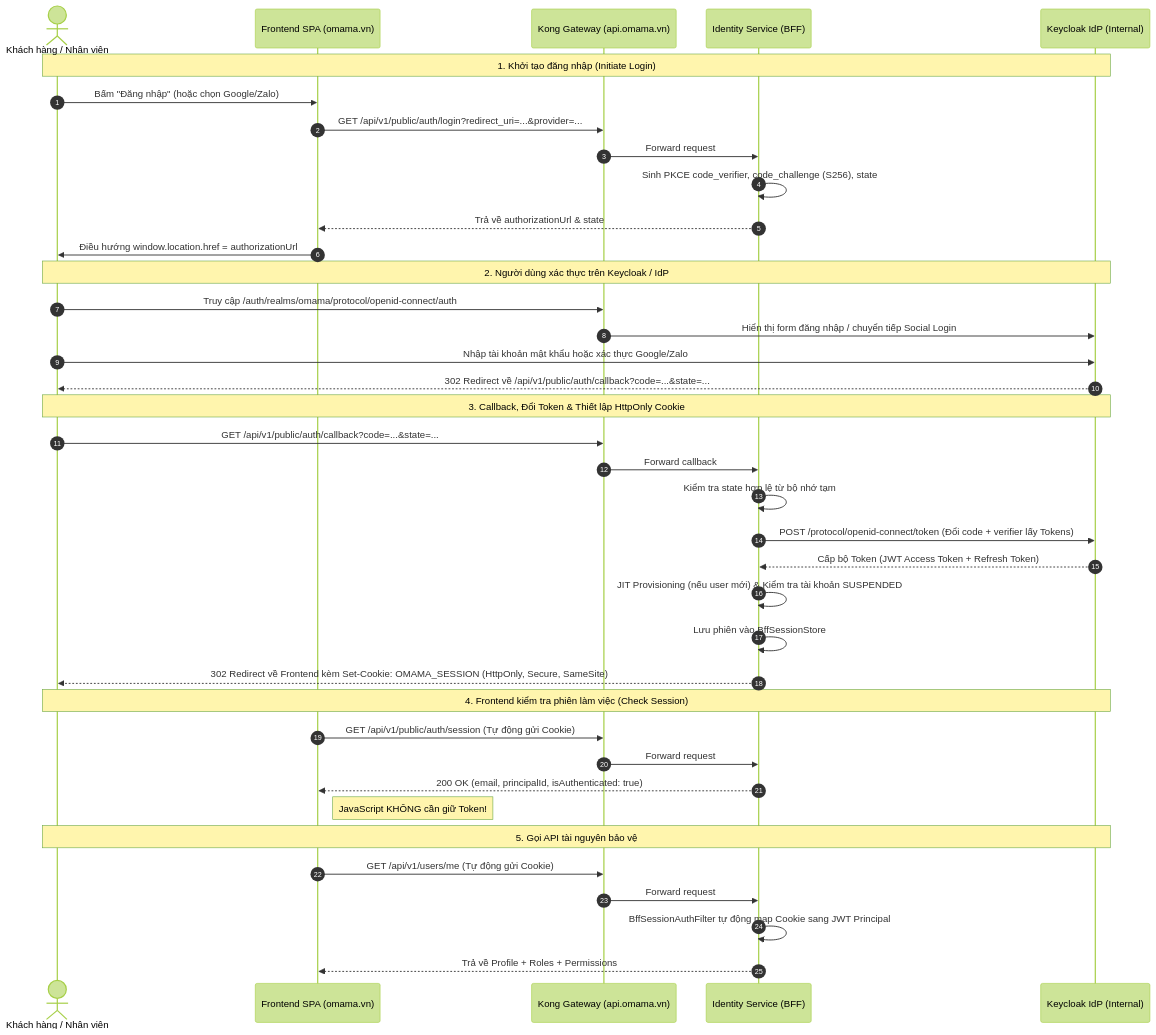
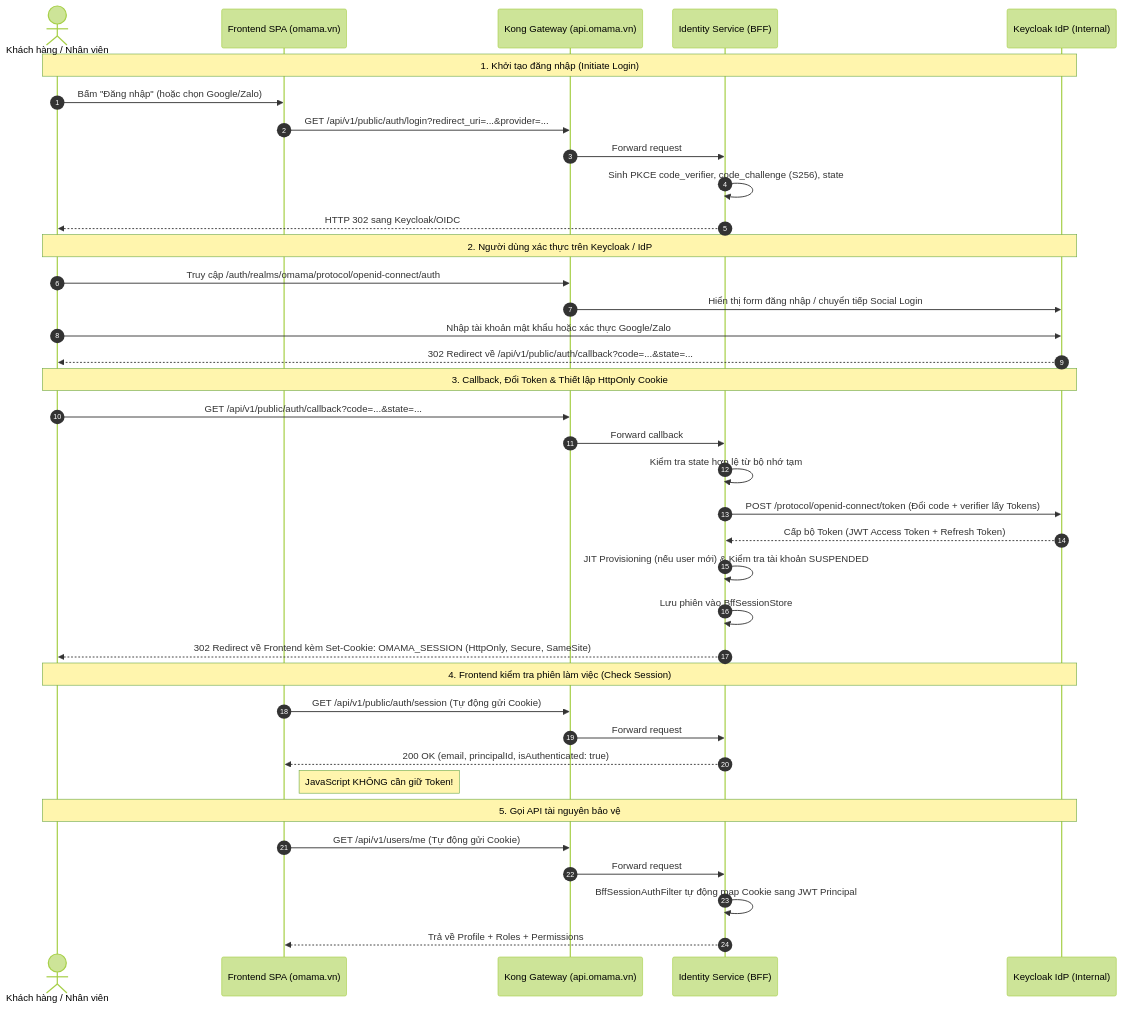
Before and after one commit to hvduong2k5/DUT.PBL6: the diagram in docs/03_api_specs/frontend-auth-contract.md, drawn with Mermaid (forest theme). The commit also changed other lines of this file and 22 other files, not shown here.

````diff
--- a/docs/03_api_specs/frontend-auth-contract.md
+++ b/docs/03_api_specs/frontend-auth-contract.md
@@ -40,45 +40,44 @@
 ```mermaid
 sequenceDiagram
     autonumber
     actor User as Khách hàng / Nhân viên
     participant FE as Frontend SPA (omama.vn)
     participant GW as Kong Gateway (api.omama.vn)
     participant BFF as Identity Service (BFF)
     participant KC as Keycloak IdP (Internal)
 
     Note over User,KC: 1. Khởi tạo đăng nhập (Initiate Login)
     User->>FE: Bấm "Đăng nhập" (hoặc chọn Google/Zalo)
     FE->>GW: GET /api/v1/public/auth/login?redirect_uri=...&provider=...
     GW->>BFF: Forward request
     BFF->>BFF: Sinh PKCE code_verifier, code_challenge (S256), state
-    BFF-->>FE: Trả về authorizationUrl & state
-    FE->>User: Điều hướng window.location.href = authorizationUrl
+    BFF-->>User: HTTP 302 sang Keycloak/OIDC
 
     Note over User,KC: 2. Người dùng xác thực trên Keycloak / IdP
     User->>GW: Truy cập /auth/realms/omama/protocol/openid-connect/auth
     GW->>KC: Hiển thị form đăng nhập / chuyển tiếp Social Login
     User->>KC: Nhập tài khoản mật khẩu hoặc xác thực Google/Zalo
     KC-->>User: 302 Redirect về /api/v1/public/auth/callback?code=...&state=...
 
     Note over User,KC: 3. Callback, Đổi Token & Thiết lập HttpOnly Cookie
     User->>GW: GET /api/v1/public/auth/callback?code=...&state=...
     GW->>BFF: Forward callback
     BFF->>BFF: Kiểm tra state hợp lệ từ bộ nhớ tạm
     BFF->>KC: POST /protocol/openid-connect/token (Đổi code + verifier lấy Tokens)
     KC-->>BFF: Cấp bộ Token (JWT Access Token + Refresh Token)
     BFF->>BFF: JIT Provisioning (nếu user mới) & Kiểm tra tài khoản SUSPENDED
     BFF->>BFF: Lưu phiên vào BffSessionStore
     BFF-->>User: 302 Redirect về Frontend kèm Set-Cookie: OMAMA_SESSION (HttpOnly, Secure, SameSite)
 
     Note over User,KC: 4. Frontend kiểm tra phiên làm việc (Check Session)
     FE->>GW: GET /api/v1/public/auth/session (Tự động gửi Cookie)
     GW->>BFF: Forward request
     BFF-->>FE: 200 OK (email, principalId, isAuthenticated: true)
     Note right of FE: JavaScript KHÔNG cần giữ Token!
 
     Note over User,KC: 5. Gọi API tài nguyên bảo vệ
     FE->>GW: GET /api/v1/users/me (Tự động gửi Cookie)
     GW->>BFF: Forward request
     BFF->>BFF: BffSessionAuthFilter tự động map Cookie sang JWT Principal
     BFF-->>FE: Trả về Profile + Roles + Permissions
 ```
````
